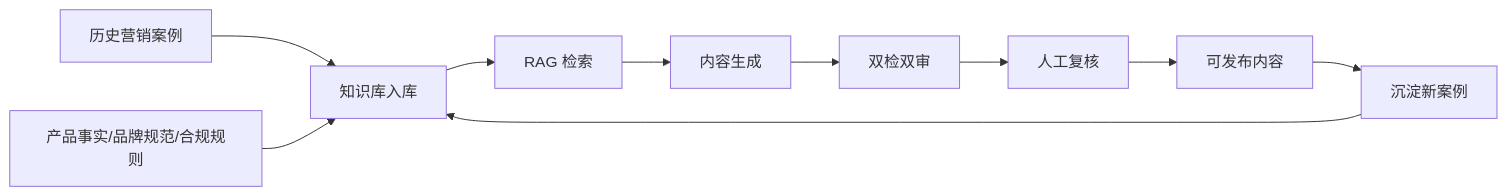
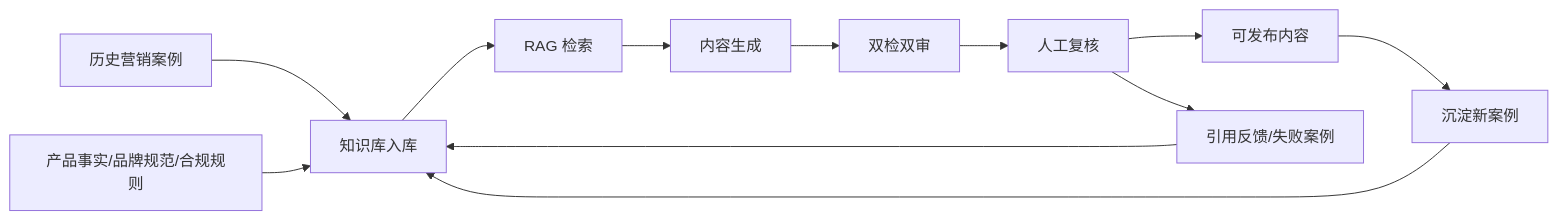
Before and after one commit to iamnotalle/AI-keyboard-marketing-platform-v2: the second of 2 diagrams in docs/USER_FLOW.md, drawn with Mermaid. The commit also changed other lines of this file and 4 other files, not shown here.

````diff
--- a/docs/USER_FLOW.md
+++ b/docs/USER_FLOW.md
@@ -57,12 +65,14 @@
 ```mermaid
 flowchart LR
     A["历史营销案例"] --> B["知识库入库"]
     C["产品事实/品牌规范/合规规则"] --> B
     B --> D["RAG 检索"]
     D --> E["内容生成"]
     E --> F["双检双审"]
     F --> G["人工复核"]
     G --> H["可发布内容"]
     H --> I["沉淀新案例"]
     I --> B
+    G --> J["引用反馈/失败案例"]
+    J --> B
 ```
````
